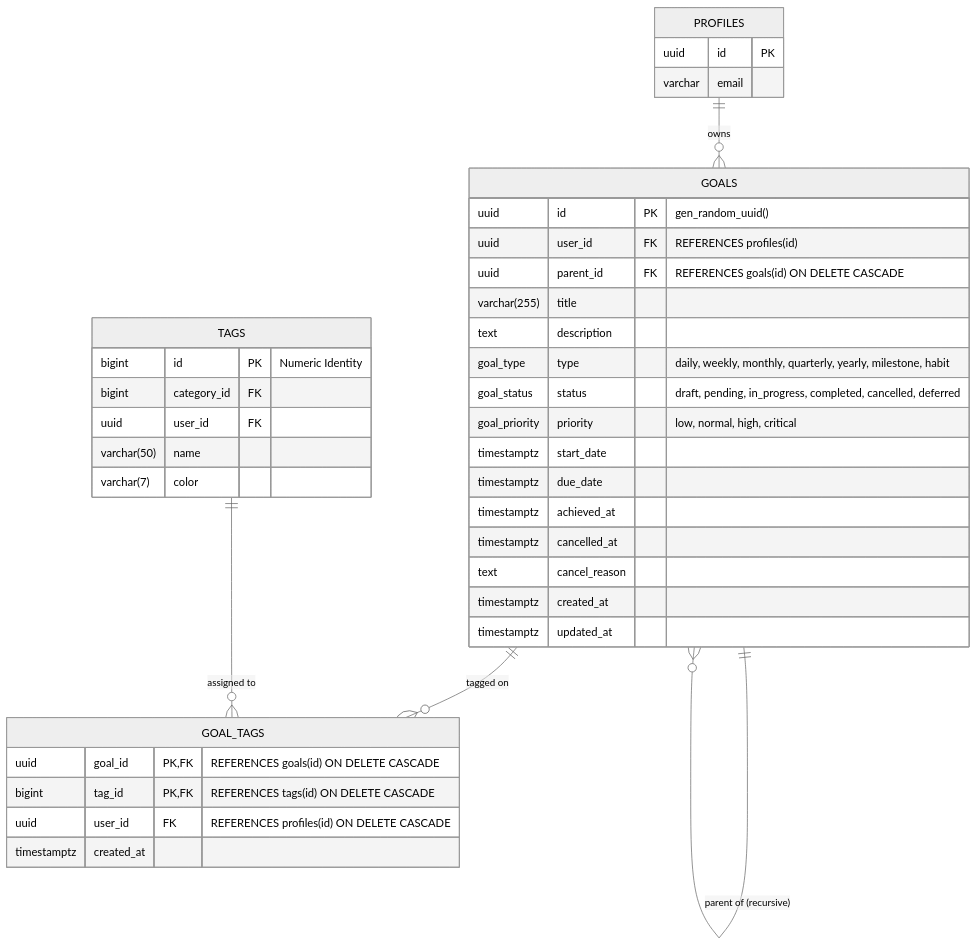
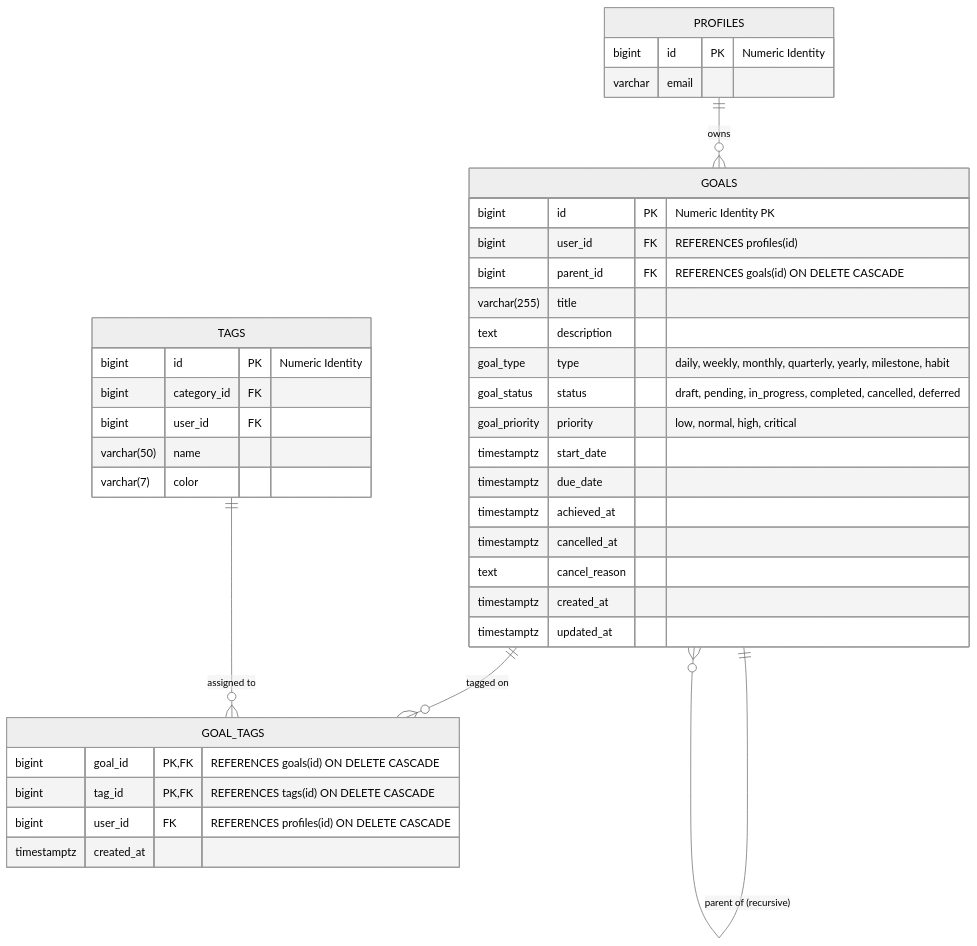
Before and after one commit to marceldavidbaroi/The-Commons: the diagram in docs/features/goals/02-data-model.md, drawn with Mermaid (neutral theme). The commit also changed other lines of this file and 46 other files, not shown here.

````diff
--- a/docs/features/goals/02-data-model.md
+++ b/docs/features/goals/02-data-model.md
@@ -5,45 +5,45 @@
 ```mermaid
 erDiagram
     PROFILES ||--o{ GOALS : "owns"
     GOALS ||--o{ GOALS : "parent of (recursive)"
     GOALS ||--o{ GOAL_TAGS : "tagged on"
     TAGS ||--o{ GOAL_TAGS : "assigned to"
 
     PROFILES {
-        uuid id PK
+        bigint id PK "Numeric Identity"
         varchar email
     }
 
     GOALS {
-        uuid id PK "gen_random_uuid()"
-        uuid user_id FK "REFERENCES profiles(id)"
-        uuid parent_id FK "REFERENCES goals(id) ON DELETE CASCADE"
+        bigint id PK "Numeric Identity PK"
+        bigint user_id FK "REFERENCES profiles(id)"
+        bigint parent_id FK "REFERENCES goals(id) ON DELETE CASCADE"
         varchar(255) title
         text description
         goal_type type "daily, weekly, monthly, quarterly, yearly, milestone, habit"
         goal_status status "draft, pending, in_progress, completed, cancelled, deferred"
         goal_priority priority "low, normal, high, critical"
         timestamptz start_date
         timestamptz due_date
         timestamptz achieved_at
         timestamptz cancelled_at
         text cancel_reason
         timestamptz created_at
         timestamptz updated_at
     }
 
     TAGS {
         bigint id PK "Numeric Identity"
         bigint category_id FK
-        uuid user_id FK
+        bigint user_id FK
         varchar(50) name
         varchar(7) color
     }
 
     GOAL_TAGS {
-        uuid goal_id PK, FK "REFERENCES goals(id) ON DELETE CASCADE"
+        bigint goal_id PK, FK "REFERENCES goals(id) ON DELETE CASCADE"
         bigint tag_id PK, FK "REFERENCES tags(id) ON DELETE CASCADE"
-        uuid user_id FK "REFERENCES profiles(id) ON DELETE CASCADE"
+        bigint user_id FK "REFERENCES profiles(id) ON DELETE CASCADE"
         timestamptz created_at
     }
 ```
````
